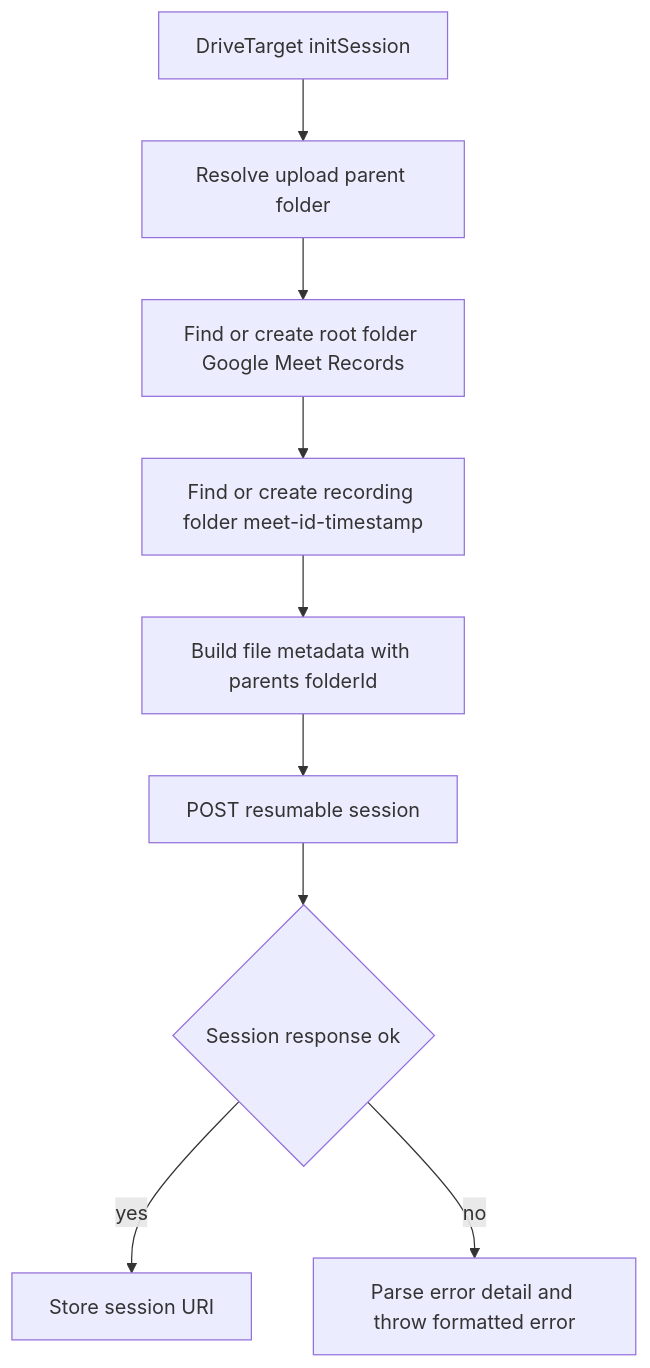
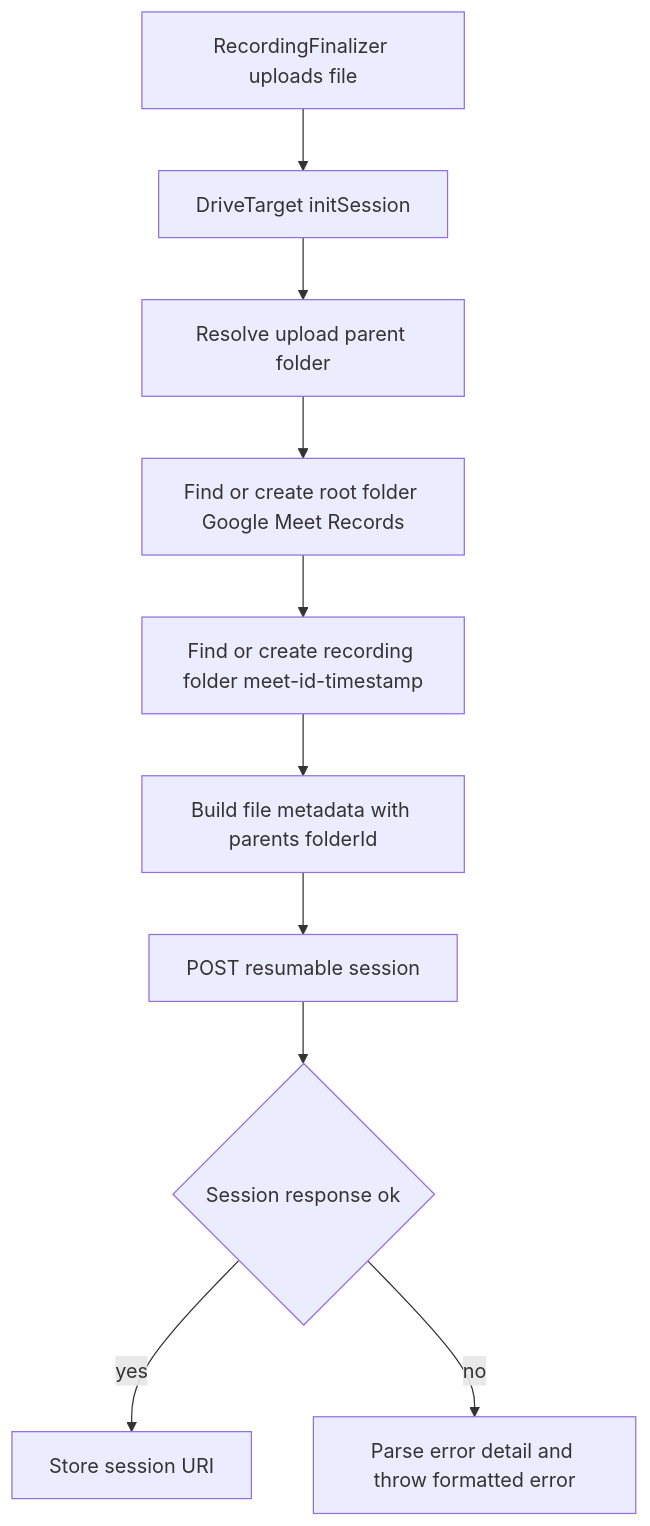
Before and after one commit to kstroevsky/chrome-meeting-recording-extension: the ninth of 9 diagrams in Documentation.md, drawn with Mermaid. The commit also changed other lines of this file, not shown here.

Commit message:
Docs: Google Drive logic

````diff
--- a/Documentation.md
+++ b/Documentation.md
@@ -282,11 +329,12 @@
 ```mermaid
 flowchart TD
-    A[DriveTarget initSession] --> B[Resolve upload parent folder]
-    B --> C[Find or create root folder Google Meet Records]
-    C --> D[Find or create recording folder meet-id-timestamp]
-    D --> E[Build file metadata with parents folderId]
-    E --> F[POST resumable session]
-    F --> G{Session response ok}
-    G -->|yes| H[Store session URI]
-    G -->|no| I[Parse error detail and throw formatted error]
+    A[RecordingFinalizer uploads file] --> B[DriveTarget initSession]
+    B --> C[Resolve upload parent folder]
+    C --> D[Find or create root folder Google Meet Records]
+    D --> E[Find or create recording folder meet-id-timestamp]
+    E --> F[Build file metadata with parents folderId]
+    F --> G[POST resumable session]
+    G --> H{Session response ok}
+    H -->|yes| I[Store session URI]
+    H -->|no| J[Parse error detail and throw formatted error]
 ```
````
